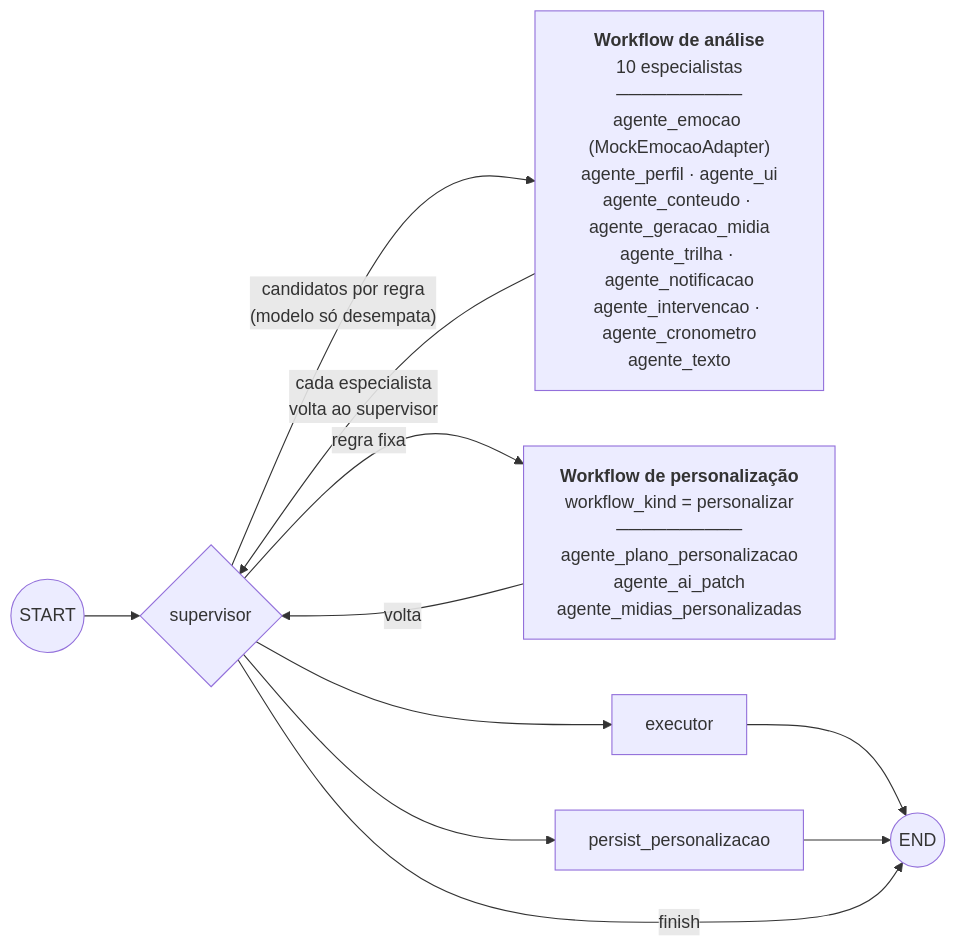
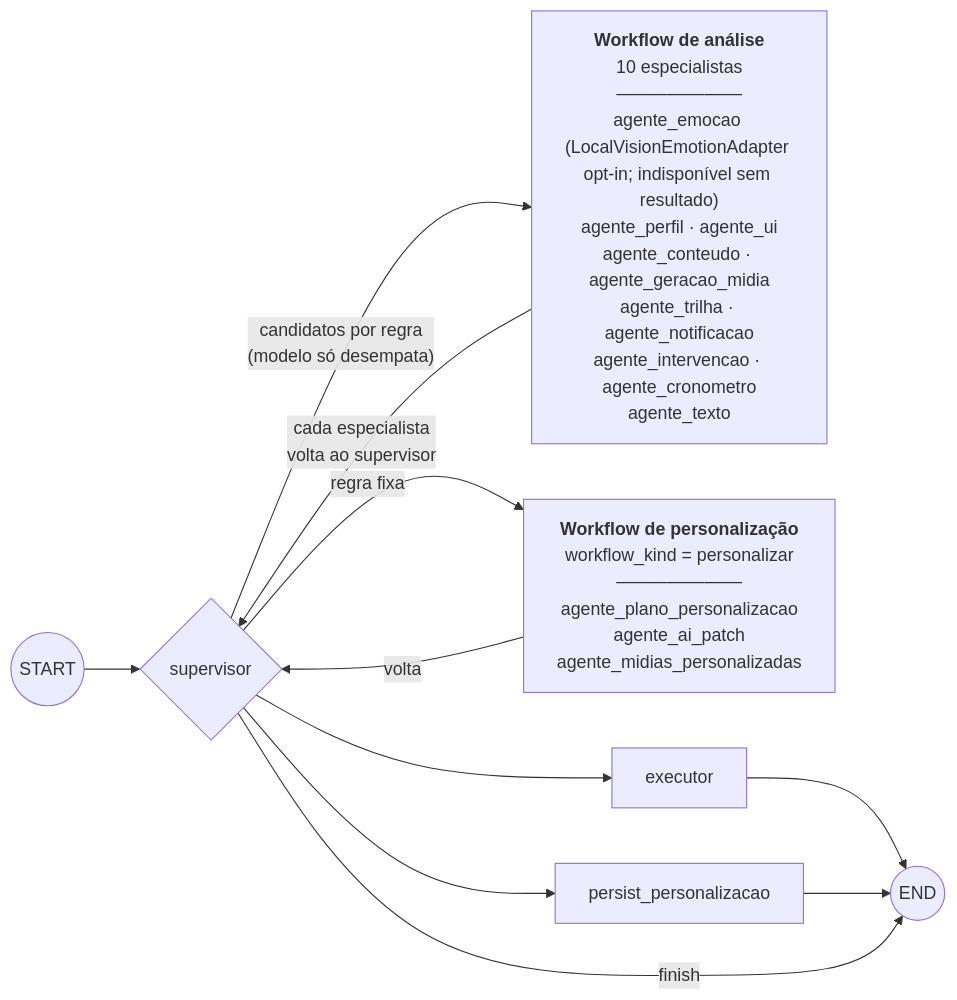
The first of 4 diagrams in docs/tcc/modelagem/04-ia-grafo-e-analise.md (Geisbelly/TrailUp), drawn with Mermaid before and after one commit. The commit also changed 35 other files, not shown here.

````diff
--- a/docs/tcc/modelagem/04-ia-grafo-e-analise.md
+++ b/docs/tcc/modelagem/04-ia-grafo-e-analise.md
@@ -14,13 +14,13 @@
 ```mermaid
 flowchart LR
   S((START)) --> SUP{supervisor}
-  ANALISE["<b>Workflow de análise</b><br/>10 especialistas<br/>──────────<br/>agente_emocao (MockEmocaoAdapter)<br/>agente_perfil · agente_ui<br/>agente_conteudo · agente_geracao_midia<br/>agente_trilha · agente_notificacao<br/>agente_intervencao · agente_cronometro<br/>agente_texto"]
+  ANALISE["<b>Workflow de análise</b><br/>10 especialistas<br/>──────────<br/>agente_emocao (LocalVisionEmotionAdapter opt-in; indisponível sem resultado)<br/>agente_perfil · agente_ui<br/>agente_conteudo · agente_geracao_midia<br/>agente_trilha · agente_notificacao<br/>agente_intervencao · agente_cronometro<br/>agente_texto"]
   PERS["<b>Workflow de personalização</b><br/>workflow_kind = personalizar<br/>──────────<br/>agente_plano_personalizacao<br/>agente_ai_patch<br/>agente_midias_personalizadas"]
   SUP -- "candidatos por regra<br/>(modelo só desempata)" --> ANALISE
   ANALISE -- "cada especialista<br/>volta ao supervisor" --> SUP
   SUP -- "regra fixa" --> PERS
   PERS -- volta --> SUP
   SUP --> EXE[executor] --> E((END))
   SUP --> PP[persist_personalizacao] --> E
   SUP -- finish --> E
 ```
````
